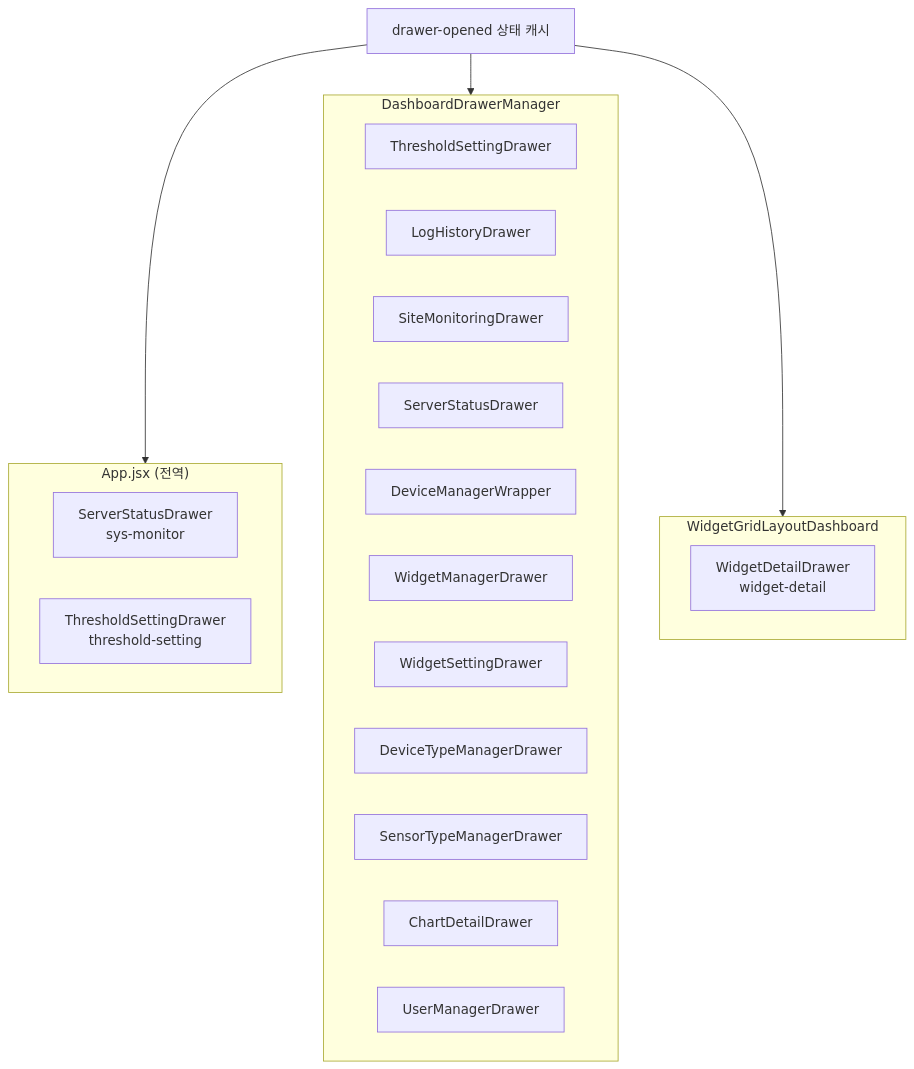
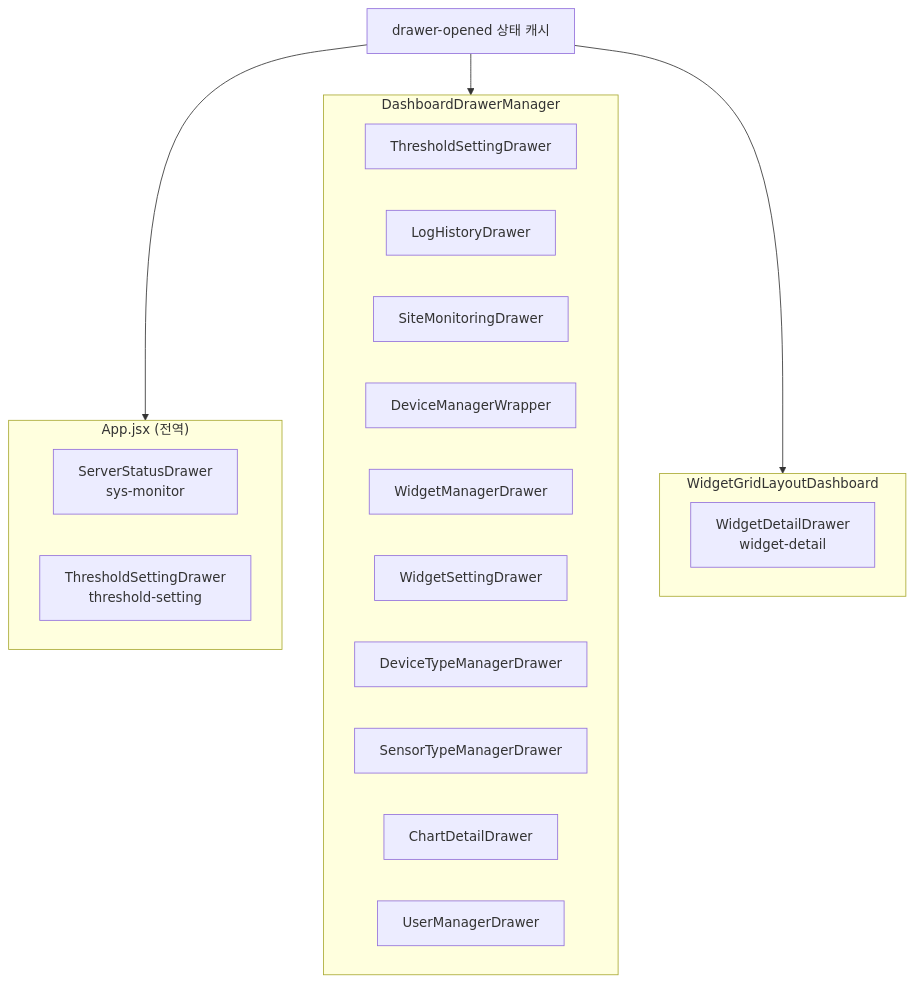
The second of 2 diagrams in client/01-앱-진입-라우팅-전역-드로어.md (inbm-company/geoverse--), drawn with Mermaid before and after one commit. The commit also changed other lines of this file and 8 other files, not shown here.

````diff
--- a/client/01-앱-진입-라우팅-전역-드로어.md
+++ b/client/01-앱-진입-라우팅-전역-드로어.md
@@ -133,29 +137,28 @@
 ```mermaid
 flowchart TB
   subgraph AppLayer["App.jsx (전역)"]
     A1[ServerStatusDrawer<br/>sys-monitor]
     A2[ThresholdSettingDrawer<br/>threshold-setting]
   end
 
   subgraph DashLayer["DashboardDrawerManager"]
     D1[ThresholdSettingDrawer]
     D2[LogHistoryDrawer]
     D3[SiteMonitoringDrawer]
-    D4[ServerStatusDrawer]
     D5[DeviceManagerWrapper]
     D6[WidgetManagerDrawer]
     D7[WidgetSettingDrawer]
     D8[DeviceTypeManagerDrawer]
     D9[SensorTypeManagerDrawer]
     D10[ChartDetailDrawer]
     D11[UserManagerDrawer]
   end
 
   subgraph GridLayer["WidgetGridLayoutDashboard"]
     G1[WidgetDetailDrawer<br/>widget-detail]
   end
 
   StateCache["drawer-opened 상태 캐시"] --> AppLayer
   StateCache --> DashLayer
   StateCache --> GridLayer
 ```
````
